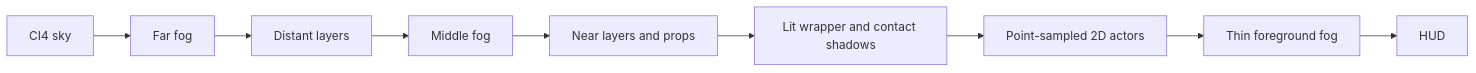
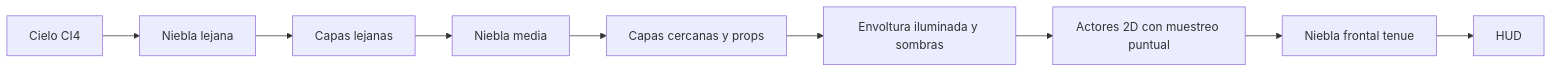
One commit to ArkRetro/metal-slug-X64 changed the diagram in docs/RETRO25D.md. Above: the diagram before and after it, drawn with Mermaid. The commit also changed other lines of this file and 14 other files, not shown here.

````diff
--- a/docs/RETRO25D.md
+++ b/docs/RETRO25D.md
@@ -94,11 +160,11 @@
 ```mermaid
 flowchart LR
-    A[CI4 sky] --> B[Far fog]
-    B --> C[Distant layers]
-    C --> D[Middle fog]
-    D --> E[Near layers and props]
-    E --> F[Lit wrapper and contact shadows]
-    F --> G[Point-sampled 2D actors]
-    G --> H[Thin foreground fog]
+    A[Cielo CI4] --> B[Niebla lejana]
+    B --> C[Capas lejanas]
+    C --> D[Niebla media]
+    D --> E[Capas cercanas y props]
+    E --> F[Envoltura iluminada y sombras]
+    F --> G[Actores 2D con muestreo puntual]
+    G --> H[Niebla frontal tenue]
     H --> I[HUD]
 ```
````
